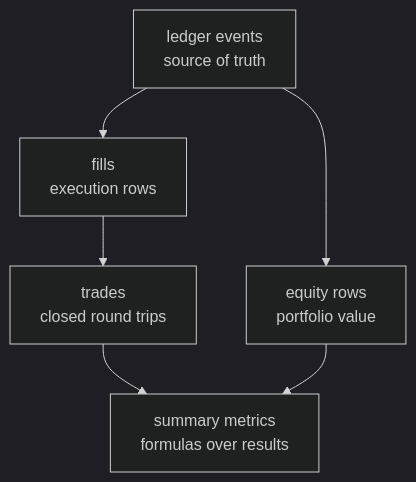
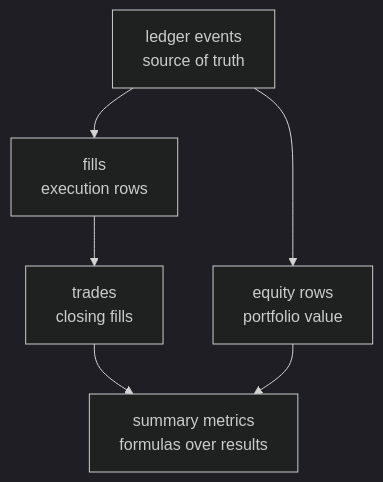
Before and after one commit to blechturm/ledgr: the diagram in vignettes/metrics-and-accounting.qmd, drawn with Mermaid (dark theme). The commit also changed other lines of this file and 34 other files, not shown here.

````diff
--- a/vignettes/metrics-and-accounting.qmd
+++ b/vignettes/metrics-and-accounting.qmd
@@ -61,16 +61,16 @@
 ```{mermaid}
 %%| echo: false
 
 flowchart TB
   ledger["ledger events<br/>source of truth"]
   fills["fills<br/>execution rows"]
-  trades["trades<br/>closed round trips"]
+  trades["trades<br/>closing fills"]
   equity["equity rows<br/>portfolio value"]
   metrics["summary metrics<br/>formulas over results"]
 
   ledger --> fills
   fills --> trades
   ledger --> equity
   trades --> metrics
   equity --> metrics
 ```
````
